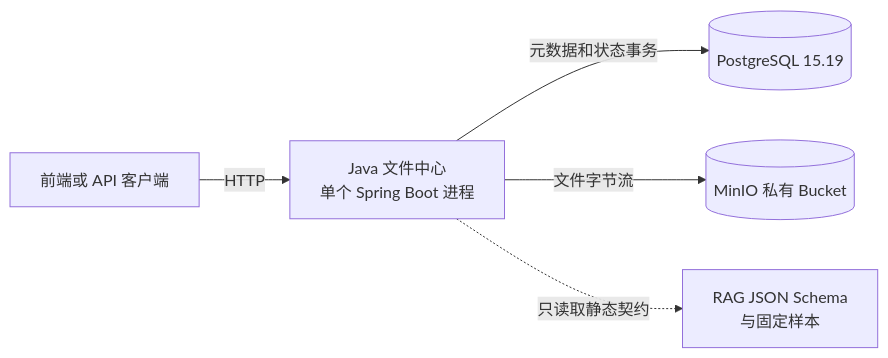
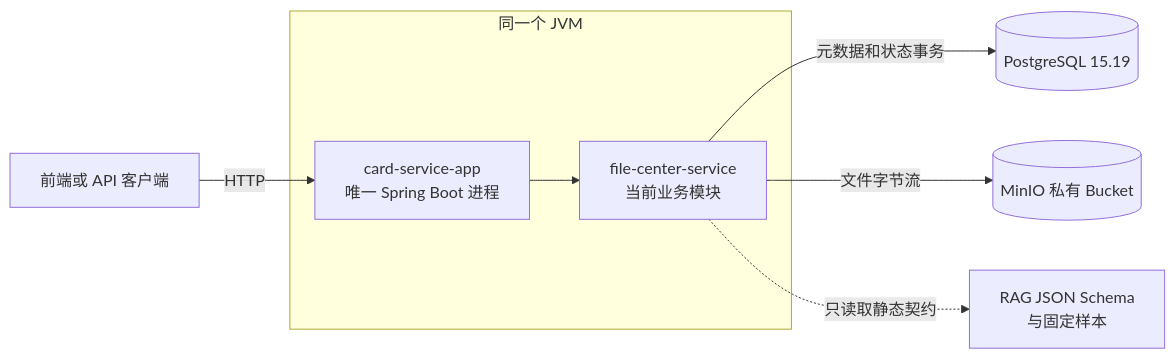
The first of 3 diagrams in docs/V0.1.0/hld/HLD-001-系统架构与技术版本基线.md (crudboy008/file-center-service), drawn with Mermaid before and after one commit. The commit also changed other lines of this file and 8 other files, not shown here.

````diff
--- a/docs/V0.1.0/hld/HLD-001-系统架构与技术版本基线.md
+++ b/docs/V0.1.0/hld/HLD-001-系统架构与技术版本基线.md
@@ -62,7 +63,10 @@
 ```mermaid
 flowchart LR
-    C[前端或 API 客户端] -->|HTTP| A[Java 文件中心<br/>单个 Spring Boot 进程]
-    A -->|元数据和状态事务| P[(PostgreSQL 15.19)]
-    A -->|文件字节流| M[(MinIO 私有 Bucket)]
-    A -.只读取静态契约.-> K[RAG JSON Schema<br/>与固定样本]
+    C[前端或 API 客户端] -->|HTTP| A[card-service-app<br/>唯一 Spring Boot 进程]
+    subgraph JVM[同一个 JVM]
+        A --> F[file-center-service<br/>当前业务模块]
+    end
+    F -->|元数据和状态事务| P[(PostgreSQL 15.19)]
+    F -->|文件字节流| M[(MinIO 私有 Bucket)]
+    F -.只读取静态契约.-> K[RAG JSON Schema<br/>与固定样本]
 ```
````
